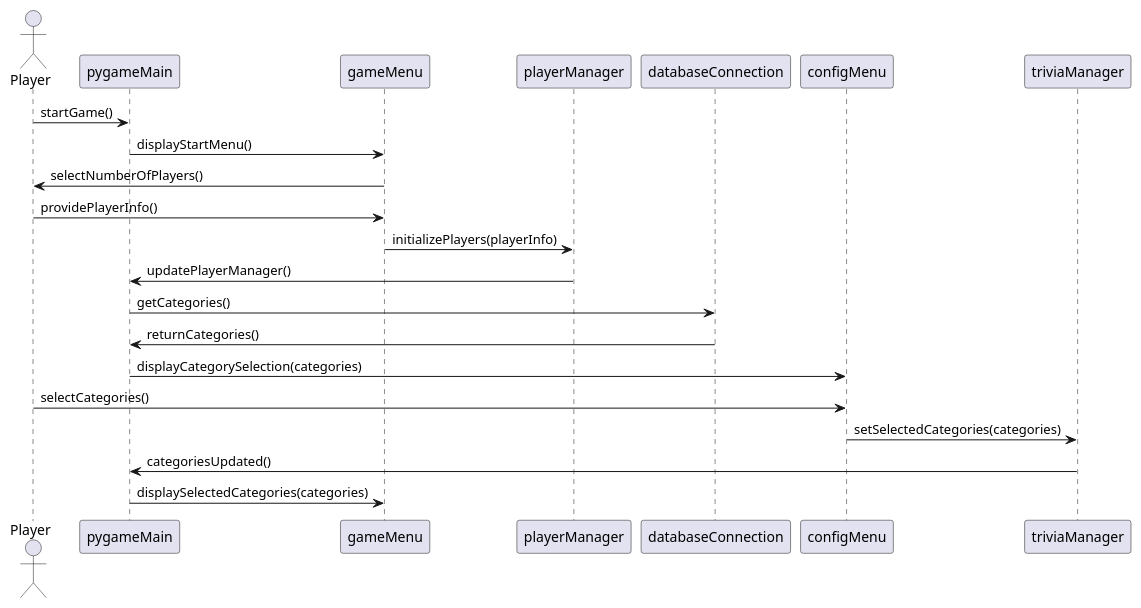
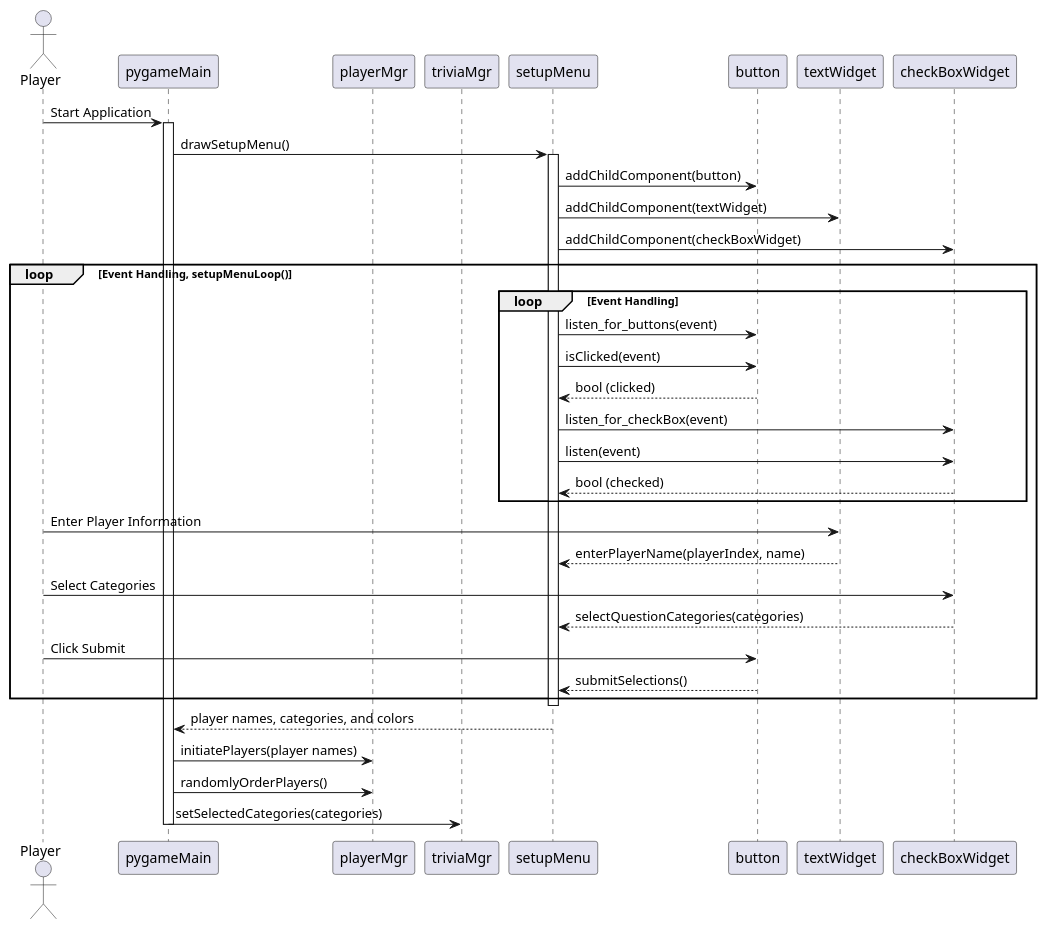
The diagram in UML/usecase1.puml (Kyle-Meyer/TrivialCompute), drawn with PlantUML before and after one commit. The commit also changed other lines of this file and 8 other files, not shown here.

Commit message:
updated UML for design doc

```diff
--- a/UML/usecase1.puml
+++ b/UML/usecase1.puml
@@ -3,23 +4,51 @@
 @startuml
+
 actor Player
 participant pygameMain
-participant gameMenu
-participant playerManager
-participant databaseConnection
-participant configMenu
-participant triviaManager
+participant playerMgr
+participant triviaMgr
+participant setupMenu
+participant button
+participant textWidget
+participant checkBoxWidget
 
-Player -> pygameMain: startGame()
-pygameMain -> gameMenu: displayStartMenu()
-gameMenu -> Player: selectNumberOfPlayers()
-Player -> gameMenu: providePlayerInfo()
-gameMenu -> playerManager: initializePlayers(playerInfo)
-playerManager -> pygameMain: updatePlayerManager()
-pygameMain -> databaseConnection: getCategories()
-databaseConnection -> pygameMain: returnCategories()
-pygameMain -> configMenu: displayCategorySelection(categories)
-Player -> configMenu: selectCategories()
-configMenu -> triviaManager: setSelectedCategories(categories)
-triviaManager -> pygameMain: categoriesUpdated()
-pygameMain -> gameMenu: displaySelectedCategories(categories)
+Player -> pygameMain: Start Application
+activate pygameMain
+
+pygameMain -> setupMenu: drawSetupMenu()
+activate setupMenu
+
+setupMenu -> button: addChildComponent(button)
+setupMenu -> textWidget: addChildComponent(textWidget)
+setupMenu -> checkBoxWidget: addChildComponent(checkBoxWidget)
+
+loop Event Handling, setupMenuLoop()
+    loop Event Handling    
+        setupMenu -> button: listen_for_buttons(event)
+        setupMenu -> button: isClicked(event)
+        button --> setupMenu: bool (clicked)
+        setupMenu -> checkBoxWidget: listen_for_checkBox(event)
+        setupMenu -> checkBoxWidget: listen(event)
+        checkBoxWidget --> setupMenu: bool (checked)
+    end
+
+    Player -> textWidget: Enter Player Information
+    textWidget --> setupMenu: enterPlayerName(playerIndex, name)
+
+    Player -> checkBoxWidget: Select Categories
+    checkBoxWidget --> setupMenu: selectQuestionCategories(categories)
+
+    Player -> button: Click Submit
+    button --> setupMenu: submitSelections()
+end
+deactivate setupMenu
+
+setupMenu --> pygameMain: player names, categories, and colors
+pygameMain -> playerMgr: initiatePlayers(player names)
+pygameMain -> playerMgr: randomlyOrderPlayers()
+pygameMain -> triviaMgr: setSelectedCategories(categories)
+
+
+deactivate pygameMain
+
 @enduml
```
